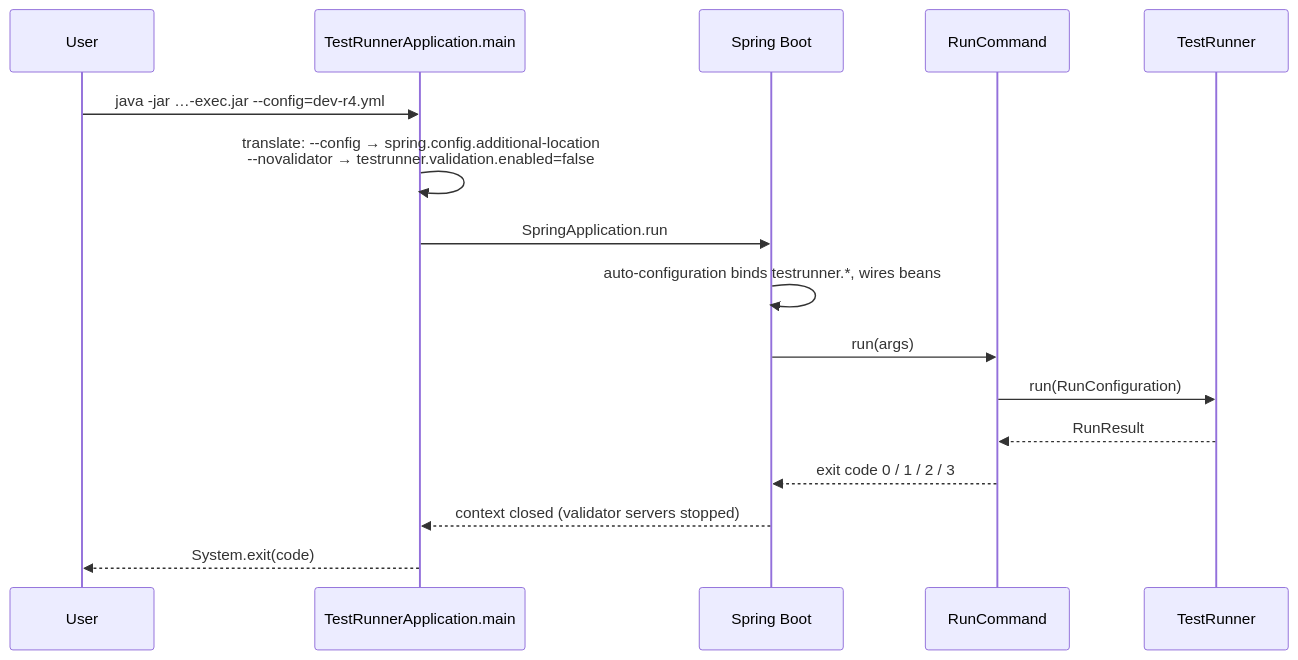
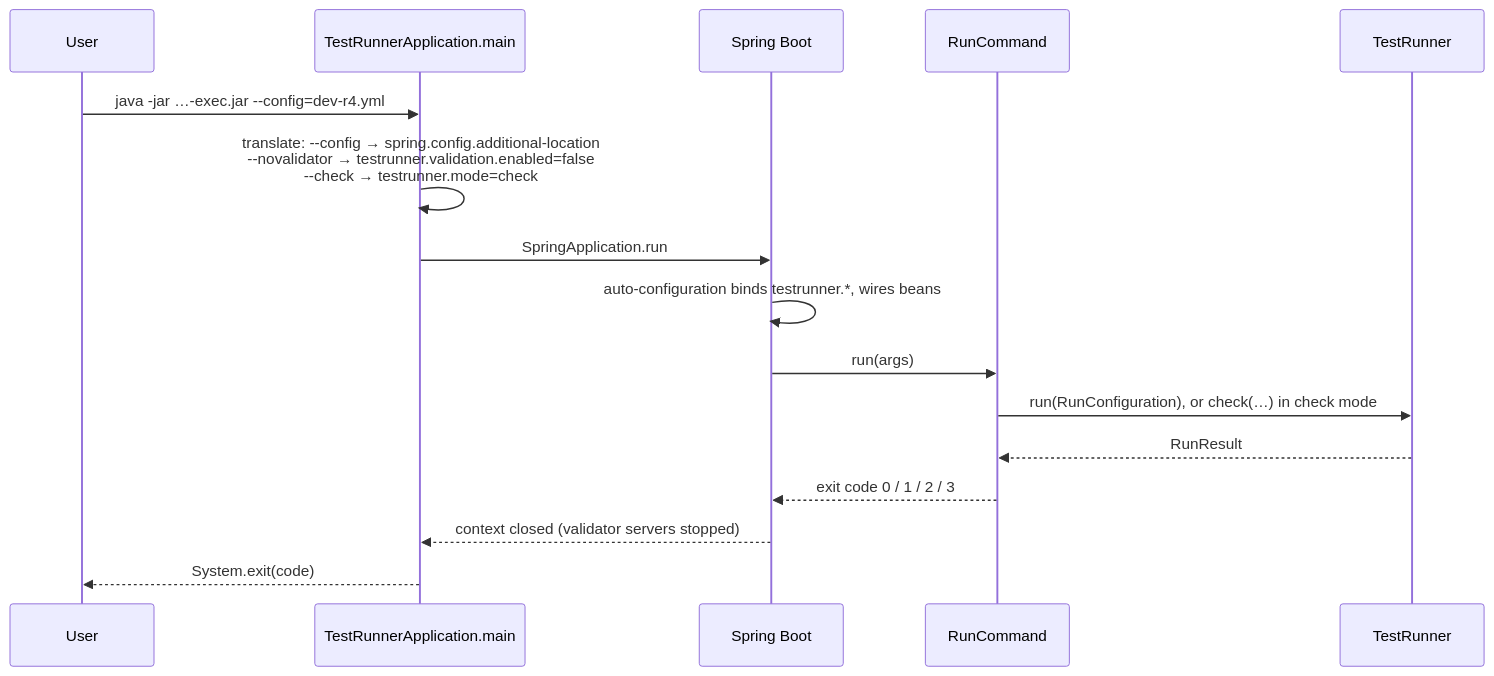
Before and after one commit to mratzenb/FHIR-TestRunner: the diagram in docs/wiki/modules/testrunner-app.md, drawn with Mermaid. The commit also changed other lines of this file and 26 other files, not shown here.

````diff
--- a/docs/wiki/modules/testrunner-app.md
+++ b/docs/wiki/modules/testrunner-app.md
@@ -20,18 +20,18 @@
 ```mermaid
 sequenceDiagram
     participant U as User
     participant M as TestRunnerApplication.main
     participant S as Spring Boot
     participant R as RunCommand
     participant T as TestRunner
     U->>M: java -jar …-exec.jar --config=dev-r4.yml
-    M->>M: translate: --config → spring.config.additional-location<br/>--novalidator → testrunner.validation.enabled=false
+    M->>M: translate: --config → spring.config.additional-location<br/>--novalidator → testrunner.validation.enabled=false<br/>--check → testrunner.mode=check
     M->>S: SpringApplication.run
     S->>S: auto-configuration binds testrunner.*, wires beans
     S->>R: run(args)
-    R->>T: run(RunConfiguration)
+    R->>T: run(RunConfiguration), or check(…) in check mode
     T-->>R: RunResult
     R-->>S: exit code 0 / 1 / 2 / 3
     S-->>M: context closed (validator servers stopped)
     M-->>U: System.exit(code)
 ```
````
